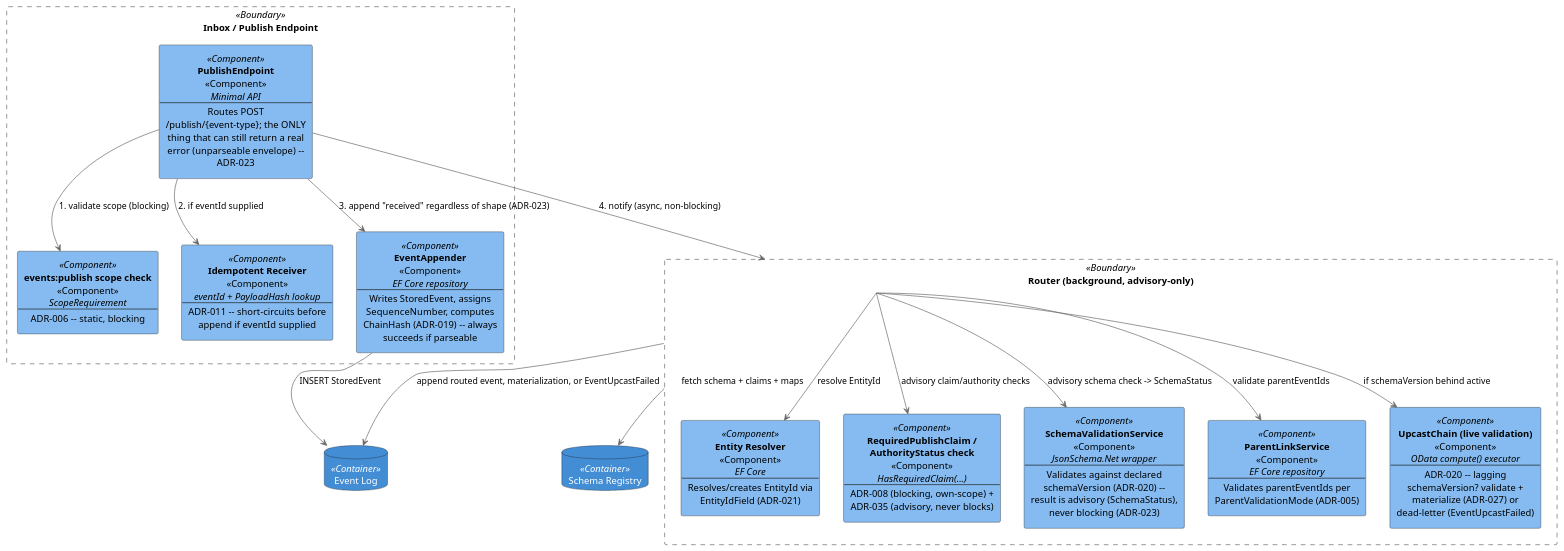
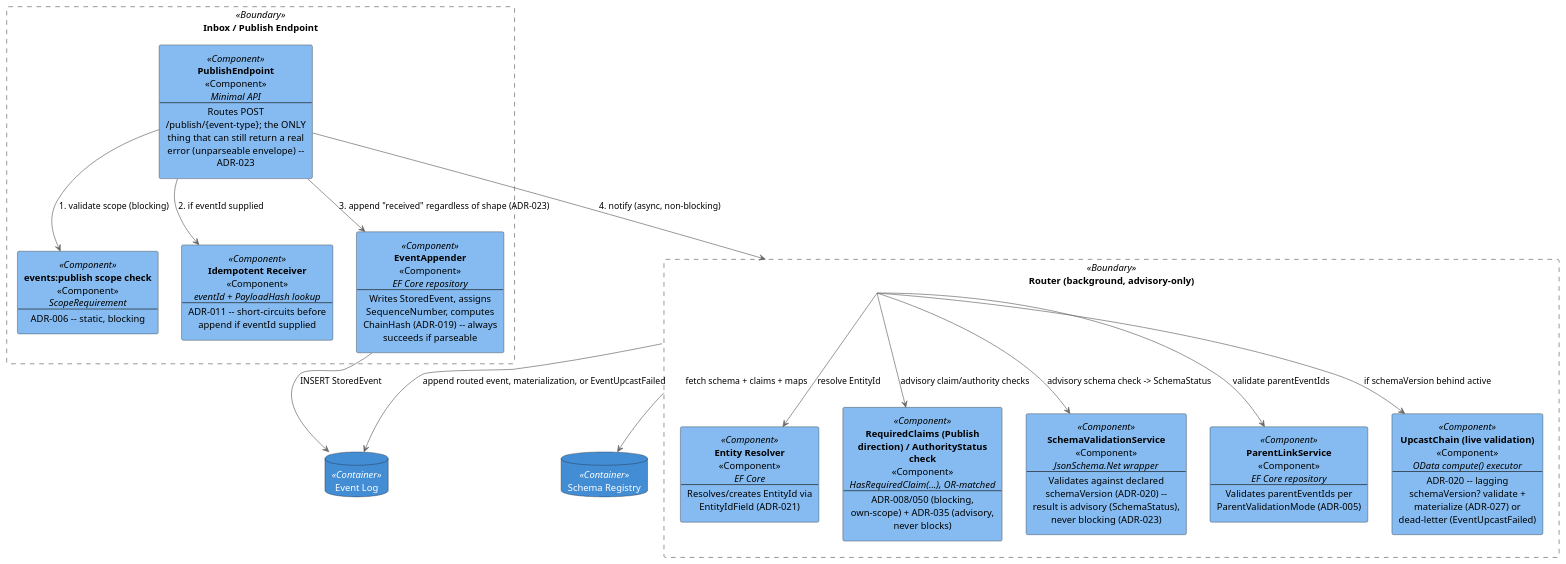
The third of 9 diagrams in docs/01-c4-architecture.md (Mwwhited-BookLearning/EventSourcing), drawn with PlantUML before and after one commit. The commit also changed other lines of this file and 3 other files, not shown here.

````diff
--- a/docs/01-c4-architecture.md
+++ b/docs/01-c4-architecture.md
@@ -177,53 +177,53 @@
 ```plantuml
 @startuml C4_Component_Publish
 skinparam shadowing false
 skinparam defaultTextAlignment center
 skinparam wrapWidth 220
 skinparam rectangle<<Component>> {
   BackgroundColor #85BBF0
   FontColor black
 }
 skinparam database<<Container>> {
   BackgroundColor #438DD5
   FontColor white
 }
 skinparam rectangle<<Boundary>> {
   BackgroundColor transparent
   BorderColor #666666
   BorderStyle dashed
 }
 skinparam ArrowColor #666666
 
 rectangle "Inbox / Publish Endpoint" <<Boundary>> as inbox {
     rectangle "**PublishEndpoint**\n<<Component>>\n//Minimal API//\n--\nRoutes POST /publish/{event-type}; the ONLY thing that can still return a real error (unparseable envelope) -- ADR-023" <<Component>> as endpoint
     rectangle "**events:publish scope check**\n<<Component>>\n//ScopeRequirement//\n--\nADR-006 -- static, blocking" <<Component>> as scopeCheck
     rectangle "**Idempotent Receiver**\n<<Component>>\n//eventId + PayloadHash lookup//\n--\nADR-011 -- short-circuits before append if eventId supplied" <<Component>> as idempotency
     rectangle "**EventAppender**\n<<Component>>\n//EF Core repository//\n--\nWrites StoredEvent, assigns SequenceNumber, computes ChainHash (ADR-019) -- always succeeds if parseable" <<Component>> as appender
 }
 
 rectangle "Router (background, advisory-only)" <<Boundary>> as router {
     rectangle "**Entity Resolver**\n<<Component>>\n//EF Core//\n--\nResolves/creates EntityId via EntityIdField (ADR-021)" <<Component>> as entityResolver
-    rectangle "**RequiredPublishClaim / AuthorityStatus check**\n<<Component>>\n//HasRequiredClaim(...)//\n--\nADR-008 (blocking, own-scope) + ADR-035 (advisory, never blocks)" <<Component>> as claimCheck
+    rectangle "**RequiredClaims (Publish direction) / AuthorityStatus check**\n<<Component>>\n//HasRequiredClaim(...), OR-matched//\n--\nADR-008/050 (blocking, own-scope) + ADR-035 (advisory, never blocks)" <<Component>> as claimCheck
     rectangle "**SchemaValidationService**\n<<Component>>\n//JsonSchema.Net wrapper//\n--\nValidates against declared schemaVersion (ADR-020) -- result is advisory (SchemaStatus), never blocking (ADR-023)" <<Component>> as validator
     rectangle "**ParentLinkService**\n<<Component>>\n//EF Core repository//\n--\nValidates parentEventIds per ParentValidationMode (ADR-005)" <<Component>> as parentLink
     rectangle "**UpcastChain (live validation)**\n<<Component>>\n//OData compute() executor//\n--\nADR-020 -- lagging schemaVersion? validate + materialize (ADR-027) or dead-letter (EventUpcastFailed)" <<Component>> as upcastValidate
 }
 
 database "Event Log" <<Container>> as eventLog
 database "Schema Registry" <<Container>> as registry
 
 endpoint --> scopeCheck : 1. validate scope (blocking)
 endpoint --> idempotency : 2. if eventId supplied
 endpoint --> appender : 3. append "received" regardless of shape (ADR-023)
 appender --> eventLog : INSERT StoredEvent
 endpoint --> router : 4. notify (async, non-blocking)
 router --> entityResolver : resolve EntityId
 router --> registry : fetch schema + claims + maps
 router --> claimCheck : advisory claim/authority checks
 router --> validator : advisory schema check -> SchemaStatus
 router --> parentLink : validate parentEventIds
 router --> upcastValidate : if schemaVersion behind active
 router --> eventLog : append routed event, materialization, or EventUpcastFailed
 
 @enduml
 ```
````
